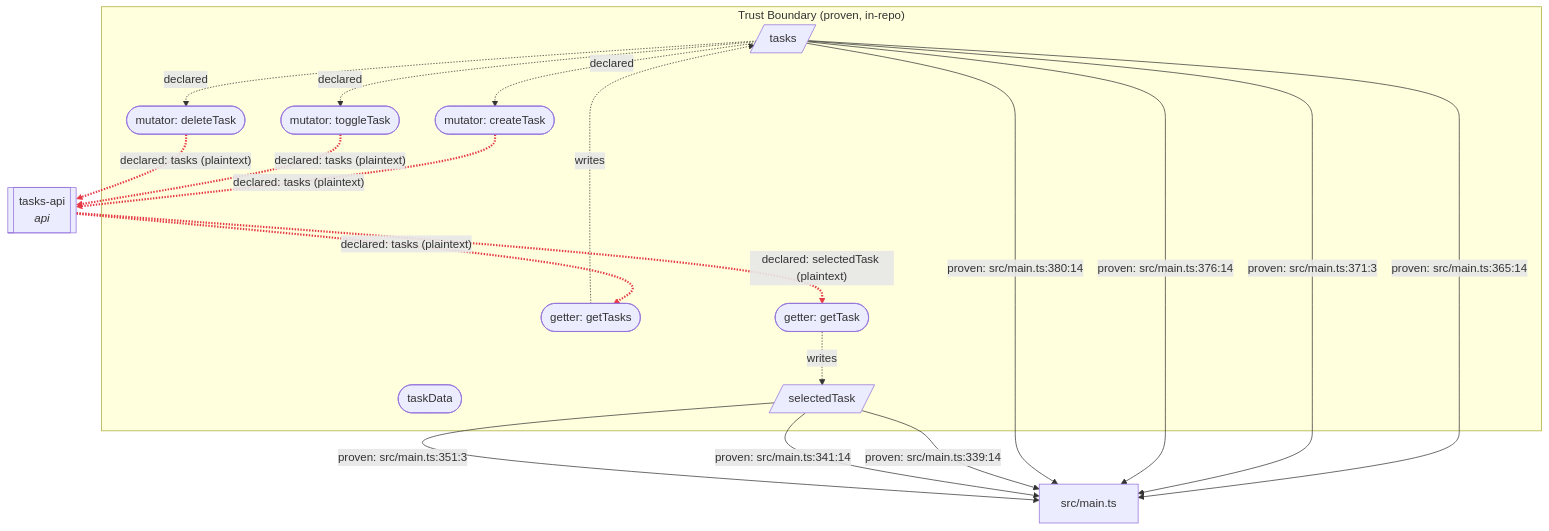
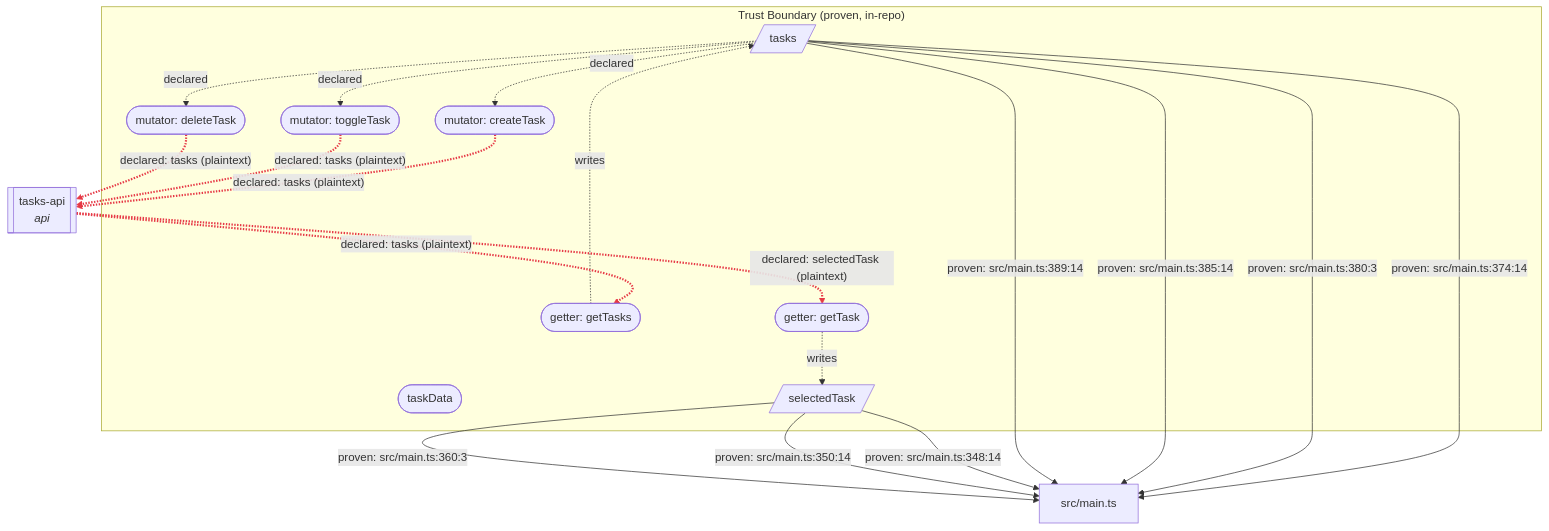
The diagram in examples/application/docs/flow/capabilities/taskData.mmd (MaverickCER/data-cap), drawn with Mermaid before and after one commit. The commit also changed 85 other files, not shown here.

```diff
--- a/examples/application/docs/flow/capabilities/taskData.mmd
+++ b/examples/application/docs/flow/capabilities/taskData.mmd
@@ -1,36 +1,36 @@
 %% Capability: taskData
 flowchart TB
   subgraph boundary["Trust Boundary (proven, in-repo)"]
     n0(["taskData"])
     n1[/"tasks"/]
     n3(["getter: getTasks"])
     n4(["mutator: createTask"])
     n5(["mutator: toggleTask"])
     n6(["mutator: deleteTask"])
     n8[/"selectedTask"/]
     n9(["getter: getTask"])
   end
   n2[["tasks-api<br/><em>api</em>"]]
   n7["src/main.ts"]
   n2 -.->|"declared: tasks (plaintext)"| n3
   n3 -.->|"writes"| n1
   n1 -.->|"declared"| n4
   n4 -.->|"declared: tasks (plaintext)"| n2
   n1 -.->|"declared"| n5
   n5 -.->|"declared: tasks (plaintext)"| n2
   n1 -.->|"declared"| n6
   n6 -.->|"declared: tasks (plaintext)"| n2
-  n1 -->|"proven: src/main.ts:365:14"| n7
-  n1 -->|"proven: src/main.ts:371:3"| n7
-  n1 -->|"proven: src/main.ts:376:14"| n7
-  n1 -->|"proven: src/main.ts:380:14"| n7
+  n1 -->|"proven: src/main.ts:374:14"| n7
+  n1 -->|"proven: src/main.ts:380:3"| n7
+  n1 -->|"proven: src/main.ts:385:14"| n7
+  n1 -->|"proven: src/main.ts:389:14"| n7
   n2 -.->|"declared: selectedTask (plaintext)"| n9
   n9 -.->|"writes"| n8
-  n8 -->|"proven: src/main.ts:339:14"| n7
-  n8 -->|"proven: src/main.ts:341:14"| n7
-  n8 -->|"proven: src/main.ts:351:3"| n7
+  n8 -->|"proven: src/main.ts:348:14"| n7
+  n8 -->|"proven: src/main.ts:350:14"| n7
+  n8 -->|"proven: src/main.ts:360:3"| n7
   linkStyle 0 stroke:#e63946,stroke-width:3px
   linkStyle 3 stroke:#e63946,stroke-width:3px
   linkStyle 5 stroke:#e63946,stroke-width:3px
   linkStyle 7 stroke:#e63946,stroke-width:3px
   linkStyle 12 stroke:#e63946,stroke-width:3px
```
